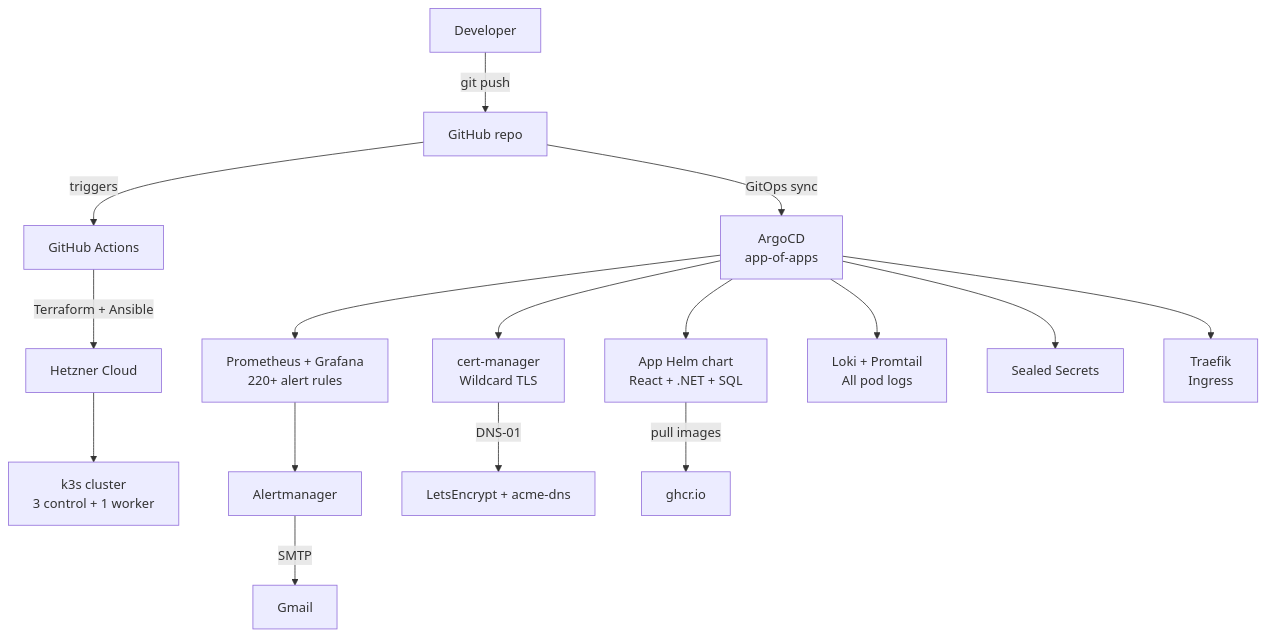
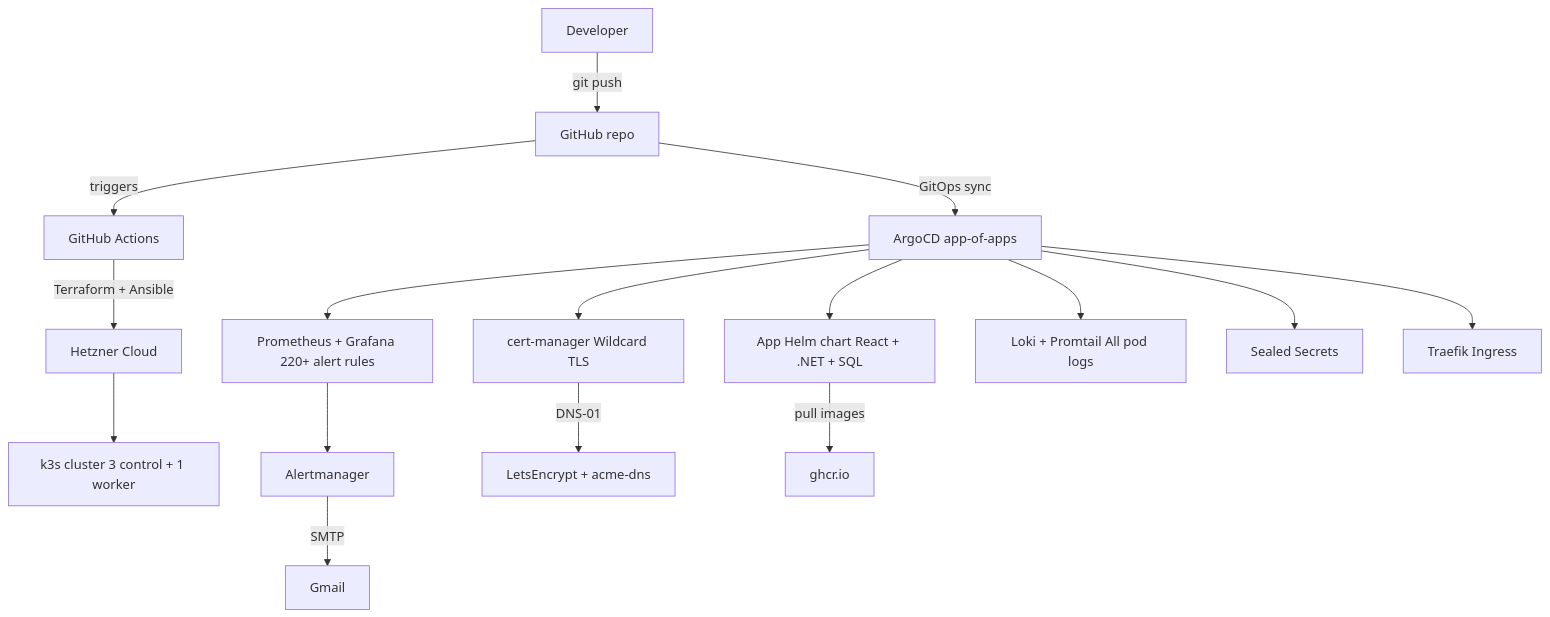
The diagram in README.md (ChitRavi-automates/cb-project), drawn with Mermaid before and after one commit. The commit also changed other lines of this file, not shown here.

````diff
--- a/README.md
+++ b/README.md
@@ -127,18 +21,18 @@
 ```mermaid
 graph TD
     Dev[Developer] -->|git push| GH[GitHub repo]
     GH -->|triggers| GA[GitHub Actions]
     GA -->|Terraform + Ansible| HZ[Hetzner Cloud]
-    HZ --> K3S[k3s cluster\n3 control + 1 worker]
-    GH -->|GitOps sync| ARGO[ArgoCD\napp-of-apps]
-    ARGO --> APP[App Helm chart\nReact + .NET + SQL]
-    ARGO --> CERT[cert-manager\nWildcard TLS]
-    ARGO --> MON[Prometheus + Grafana\n220+ alert rules]
-    ARGO --> LOG[Loki + Promtail\nAll pod logs]
+    HZ --> K3S[k3s cluster 3 control + 1 worker]
+    GH -->|GitOps sync| ARGO[ArgoCD app-of-apps]
+    ARGO --> APP[App Helm chart React + .NET + SQL]
+    ARGO --> CERT[cert-manager Wildcard TLS]
+    ARGO --> MON[Prometheus + Grafana 220+ alert rules]
+    ARGO --> LOG[Loki + Promtail All pod logs]
     ARGO --> SEC[Sealed Secrets]
-    ARGO --> TRK[Traefik\nIngress]
+    ARGO --> TRK[Traefik Ingress]
     MON --> ALERT[Alertmanager]
     ALERT -->|SMTP| GMAIL[Gmail]
     CERT -->|DNS-01| LE[LetsEncrypt + acme-dns]
     APP -->|pull images| GHCR[ghcr.io]
 ```
````
